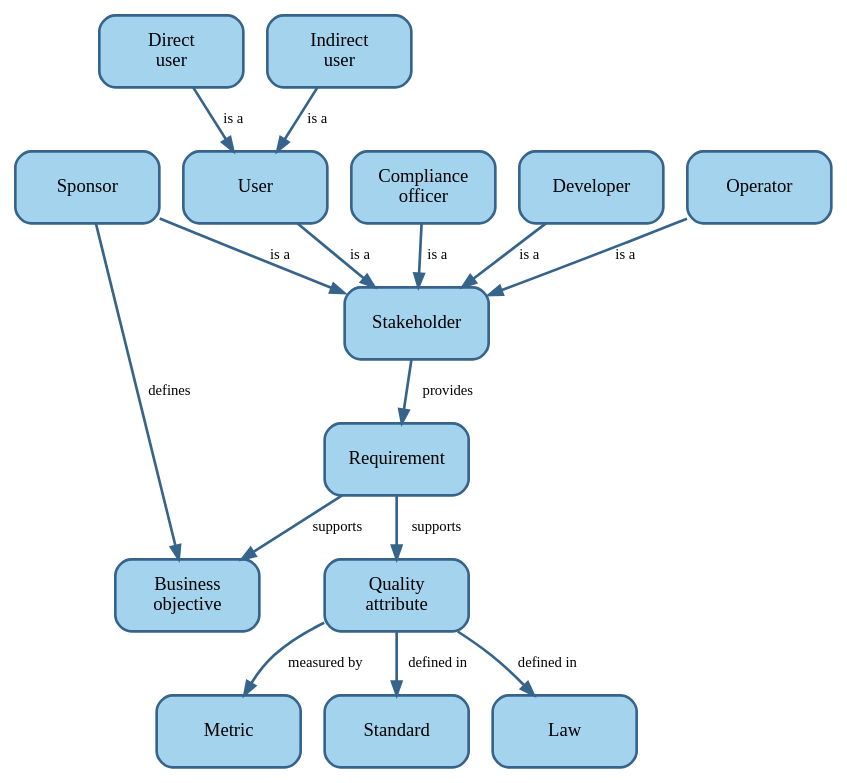
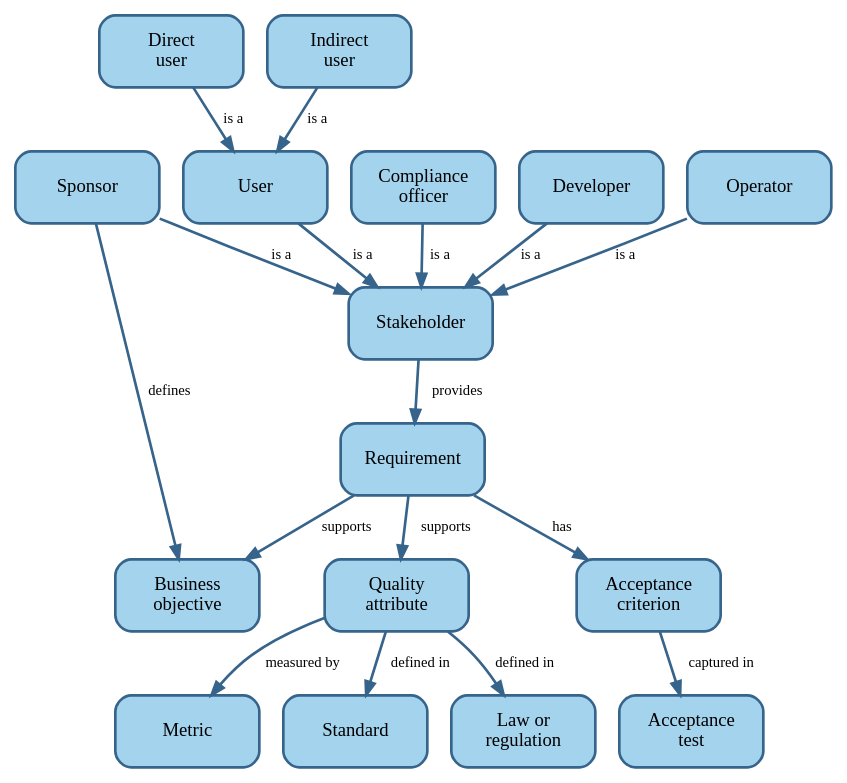
The diagram in docs/requirements/concepts.md (setms/book), drawn with Graphviz before and after one commit. The commit also changed 6 other files, not shown here.

````diff
--- a/docs/requirements/concepts.md
+++ b/docs/requirements/concepts.md
@@ -3,30 +3,35 @@
 ```dot process
 digraph requirements_concept_map {
   node [shape=rect, style="rounded,filled", fixedsize=true, width=1.5, height=0.75, fillcolor=lightskyblue2,
     color=steelblue4, penwidth=2];
   edge [fontsize=11, color=steelblue4, penwidth=2];
 
   Sponsor;
   DU [label="Direct\nuser"];
   IU [label="Indirect\nuser"];
   User;
   Compliance [label="Compliance\nofficer"];
   Illity [label="Quality\nattribute"];
   BO [label="Business\nobjective"];
 
   Sponsor -> Stakeholder [label="is a"];
   Sponsor -> BO [label=" defines"];
   DU -> User [label="is a"];
   IU -> User [label="is a"];
   User -> Stakeholder [label="is a"];
   Compliance -> Stakeholder [label=" is a"];
   Developer -> Stakeholder [label="is a"];
   Operator -> Stakeholder [label="is a"];
   Stakeholder -> Requirement [label="  provides"];
   Requirement -> Illity [label="  supports"];
   Requirement -> BO [label="supports"];
   Illity -> Metric [label="measured by    "];
   Illity -> Standard [label=" defined in  "];
   Illity -> Law [label="defined in"];
+  Law [label="Law or\nregulation"];
+  Requirement -> AC [label=" has"];
+  AC [label="Acceptance\ncriterion"];
+  AC -> AT [label="  captured in"];
+  AT [label="Acceptance\ntest"];
 }
 ```
````
